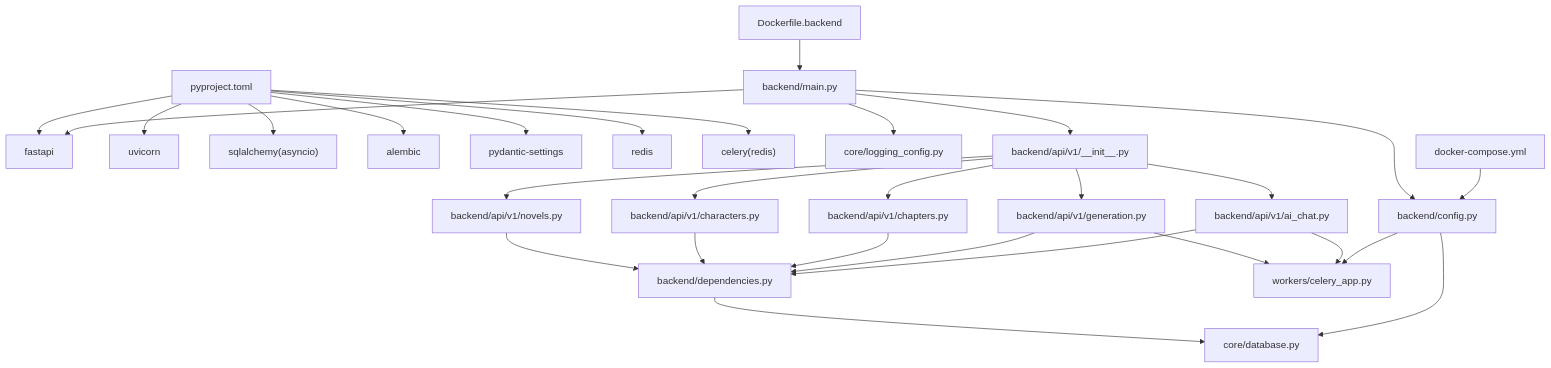
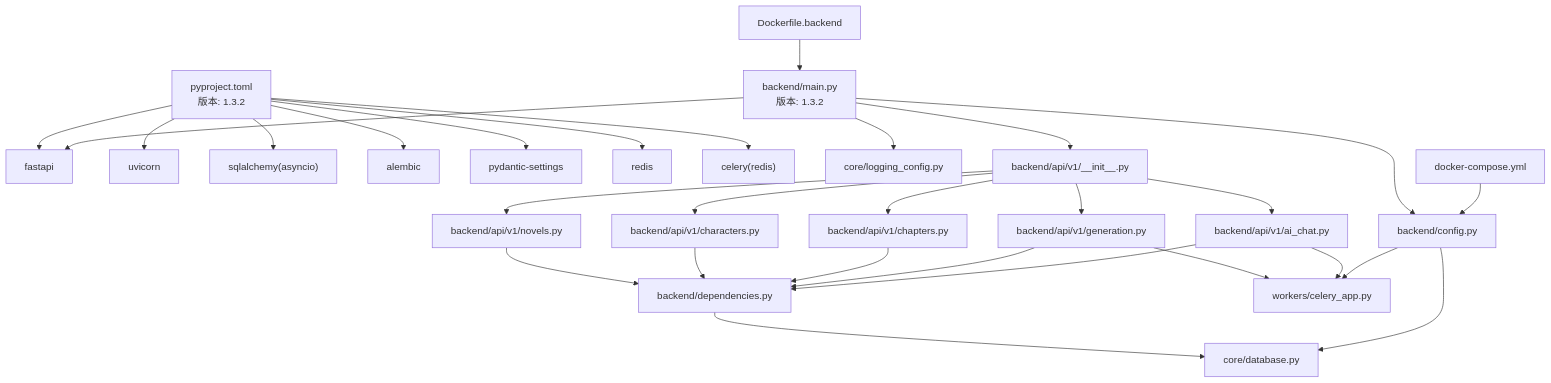
The ninth of 9 diagrams in .qoder/repowiki/zh/content/后端架构/FastAPI应用架构.md (xfbyxq/ai-novel-system), drawn with Mermaid before and after one commit. The commit also changed other lines of this file and 11 other files, not shown here.

````diff
--- a/.qoder/repowiki/zh/content/后端架构/FastAPI应用架构.md
+++ b/.qoder/repowiki/zh/content/后端架构/FastAPI应用架构.md
@@ -388,31 +387,31 @@
 ```mermaid
 graph TB
-POM["pyproject.toml"] --> FA["fastapi"]
+POM["pyproject.toml<br/>版本: 1.3.2"] --> FA["fastapi"]
 POM --> UV["uvicorn"]
 POM --> SA["sqlalchemy(asyncio)"]
 POM --> AL["alembic"]
 POM --> PS["pydantic-settings"]
 POM --> RD["redis"]
 POM --> CL["celery(redis)"]
-M["backend/main.py"] --> FA
+M["backend/main.py<br/>版本: 1.3.2"] --> FA
 M --> CFG["backend/config.py"]
 M --> LOG["core/logging_config.py"]
 M --> V1["backend/api/v1/__init__.py"]
 V1 --> NOV["backend/api/v1/novels.py"]
 V1 --> CHAR["backend/api/v1/characters.py"]
 V1 --> CHAP["backend/api/v1/chapters.py"]
 V1 --> GEN["backend/api/v1/generation.py"]
 V1 --> AI["backend/api/v1/ai_chat.py"]
 NOV --> DEP["backend/dependencies.py"]
 CHAR --> DEP
 CHAP --> DEP
 GEN --> DEP
 AI --> DEP
 DEP --> DB["core/database.py"]
 GEN --> CEL["workers/celery_app.py"]
 AI --> CEL
 CFG --> DB
 CFG --> CEL
 DC["docker-compose.yml"] --> CFG
 DF["Dockerfile.backend"] --> M
 ```
````
